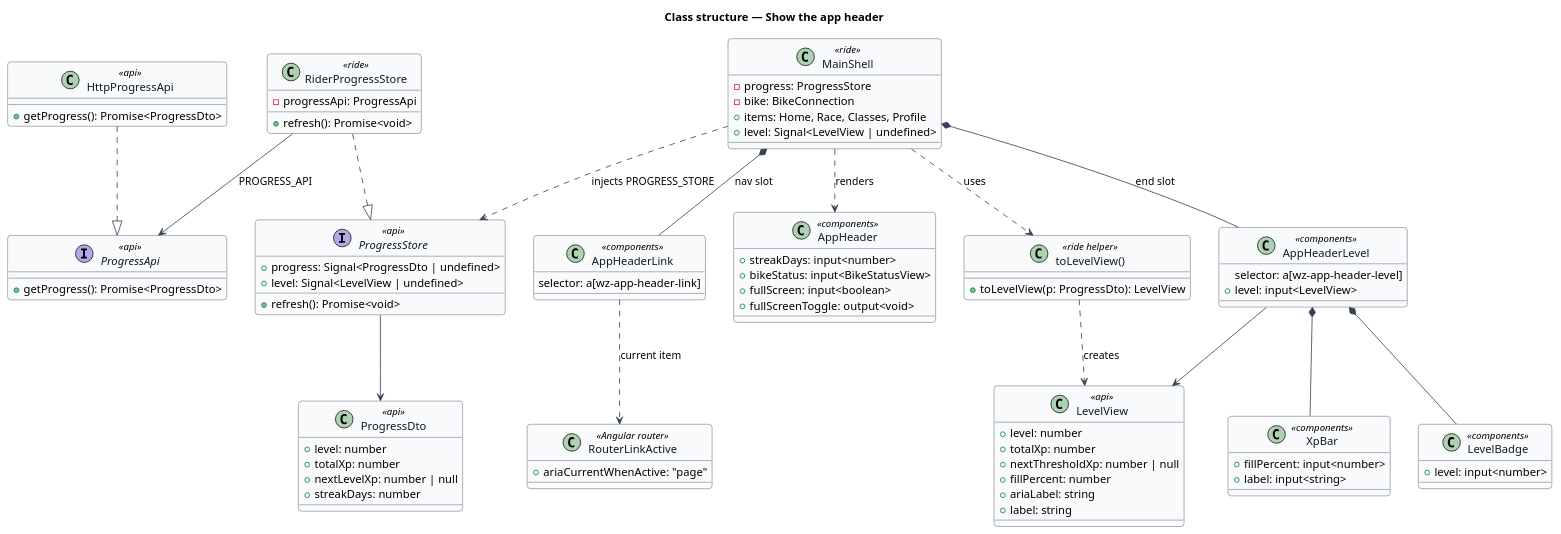
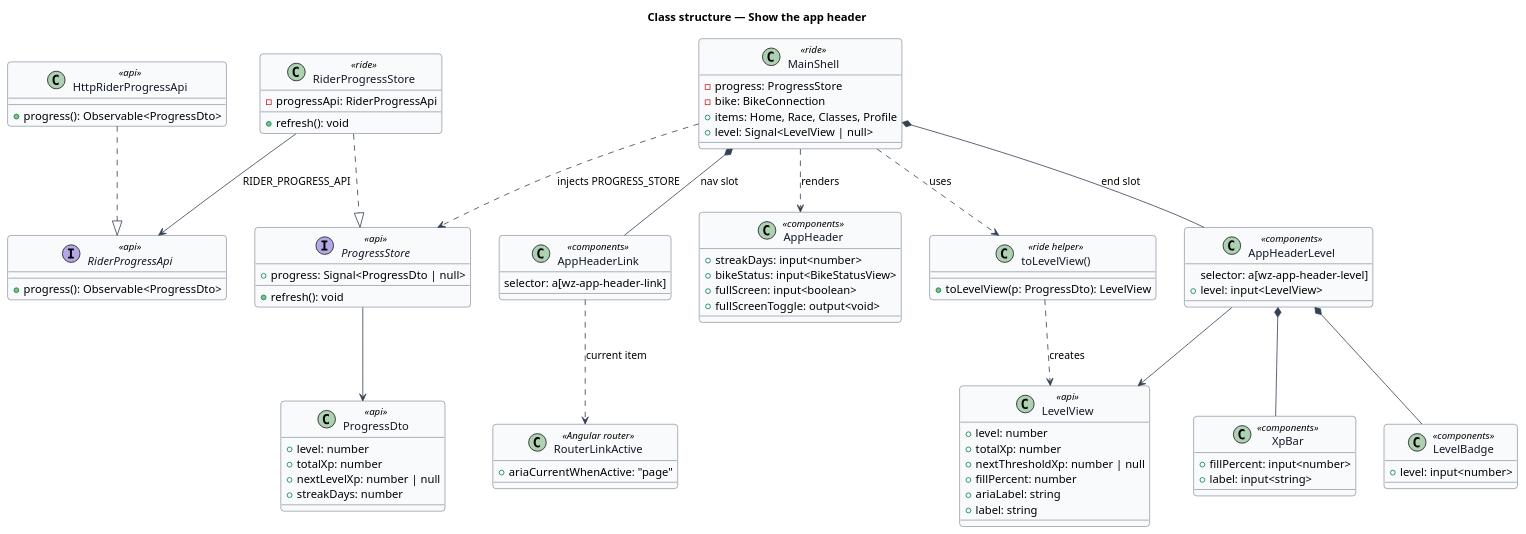
Before and after one commit to QuinntyneBrown/ride-one: the diagram in docs/detailed-designs/home/show-the-app-header/diagrams/class-structure.puml, drawn with PlantUML. The commit also changed 8 other files, not shown here.

First line of the commit message:
Align slice 10.3's design: the level table and the progress read

```diff
--- a/docs/detailed-designs/home/show-the-app-header/diagrams/class-structure.puml
+++ b/docs/detailed-designs/home/show-the-app-header/diagrams/class-structure.puml
@@ -1,90 +1,89 @@
 @startuml
 ' --- shared skin header ---
 skinparam backgroundColor #FFFFFF
 skinparam shadowing false
 skinparam roundcorner 8
 skinparam defaultFontName Arial
 skinparam ArrowColor #344054
 skinparam class {
   BorderColor #344054
   FontColor #101828
   BackgroundColor #F9FAFB
 }
 ' --------------------------
 title Class structure — Show the app header
 class MainShell <<ride>> {
   -progress: ProgressStore
   -bike: BikeConnection
   +items: Home, Race, Classes, Profile
-  +level: Signal<LevelView | undefined>
+  +level: Signal<LevelView | null>
 }
 interface ProgressStore <<api>> {
-  +progress: Signal<ProgressDto | undefined>
-  +level: Signal<LevelView | undefined>
-  +refresh(): Promise<void>
+  +progress: Signal<ProgressDto | null>
+  +refresh(): void
 }
 class RiderProgressStore <<ride>> {
-  -progressApi: ProgressApi
-  +refresh(): Promise<void>
+  -progressApi: RiderProgressApi
+  +refresh(): void
 }
-interface ProgressApi <<api>> {
-  +getProgress(): Promise<ProgressDto>
+interface RiderProgressApi <<api>> {
+  +progress(): Observable<ProgressDto>
 }
-class HttpProgressApi <<api>> {
-  +getProgress(): Promise<ProgressDto>
+class HttpRiderProgressApi <<api>> {
+  +progress(): Observable<ProgressDto>
 }
 class AppHeaderLink <<components>> {
   selector: a[wz-app-header-link]
 }
 class AppHeaderLevel <<components>> {
   selector: a[wz-app-header-level]
   +level: input<LevelView>
 }
 class RouterLinkActive <<Angular router>> {
   +ariaCurrentWhenActive: "page"
 }
 class AppHeader <<components>> {
   +streakDays: input<number>
   +bikeStatus: input<BikeStatusView>
   +fullScreen: input<boolean>
   +fullScreenToggle: output<void>
 }
 class LevelView <<api>> {
   +level: number
   +totalXp: number
   +nextThresholdXp: number | null
   +fillPercent: number
   +ariaLabel: string
   +label: string
 }
 class ProgressDto <<api>> {
   +level: number
   +totalXp: number
   +nextLevelXp: number | null
   +streakDays: number
 }
 class LevelBadge <<components>> {
   +level: input<number>
 }
 class XpBar <<components>> {
   +fillPercent: input<number>
   +label: input<string>
 }
 class "toLevelView()" as toLevelView <<ride helper>> {
   +toLevelView(p: ProgressDto): LevelView
 }
 MainShell ..> ProgressStore : injects PROGRESS_STORE
 MainShell ..> AppHeader : renders
 MainShell ..> toLevelView : uses
 RiderProgressStore ..|> ProgressStore
-HttpProgressApi ..|> ProgressApi
-RiderProgressStore --> ProgressApi : PROGRESS_API
+HttpRiderProgressApi ..|> RiderProgressApi
+RiderProgressStore --> RiderProgressApi : RIDER_PROGRESS_API
 ProgressStore --> ProgressDto
 MainShell *-- AppHeaderLink : nav slot
 MainShell *-- AppHeaderLevel : end slot
 AppHeaderLink ..> RouterLinkActive : current item
 AppHeaderLevel *-- LevelBadge
 AppHeaderLevel *-- XpBar
 AppHeaderLevel --> LevelView
 toLevelView ..> LevelView : creates
 @enduml
```
